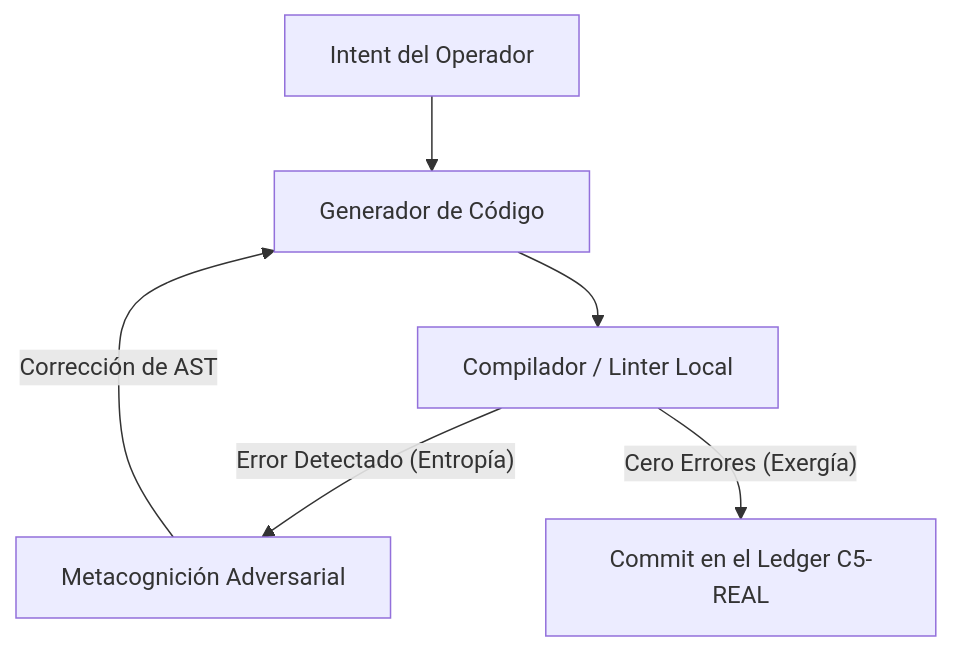
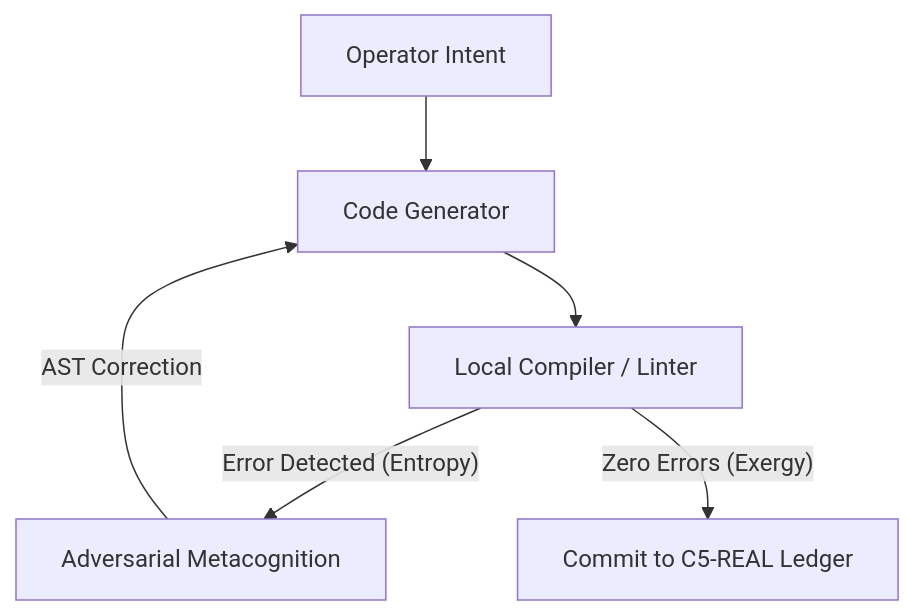
One commit to borjamoskv/moskv-1-apex changed the diagram in cortex_blog/entries/2026-06-17-autodidact.md. Above: the diagram before and after it, drawn with Mermaid. The commit also changed other lines of this file and 7 other files, not shown here.

Commit message:
refactor(blog): translate and optimize C5-REAL exergy articles to English

````diff
--- a/cortex_blog/entries/2026-06-17-autodidact.md
+++ b/cortex_blog/entries/2026-06-17-autodidact.md
@@ -37,8 +37,8 @@
 ```mermaid
 graph TD
-    A[Intent del Operador] --> B[Generador de Código]
-    B --> C[Compilador / Linter Local]
-    C -- "Error Detectado (Entropía)" --> D[Metacognición Adversarial]
-    D -- "Corrección de AST" --> B
-    C -- "Cero Errores (Exergía)" --> E[Commit en el Ledger C5-REAL]
+    A[Operator Intent] --> B[Code Generator]
+    B --> C[Local Compiler / Linter]
+    C -- "Error Detected (Entropy)" --> D[Adversarial Metacognition]
+    D -- "AST Correction" --> B
+    C -- "Zero Errors (Exergy)" --> E[Commit to C5-REAL Ledger]
 ```
````
